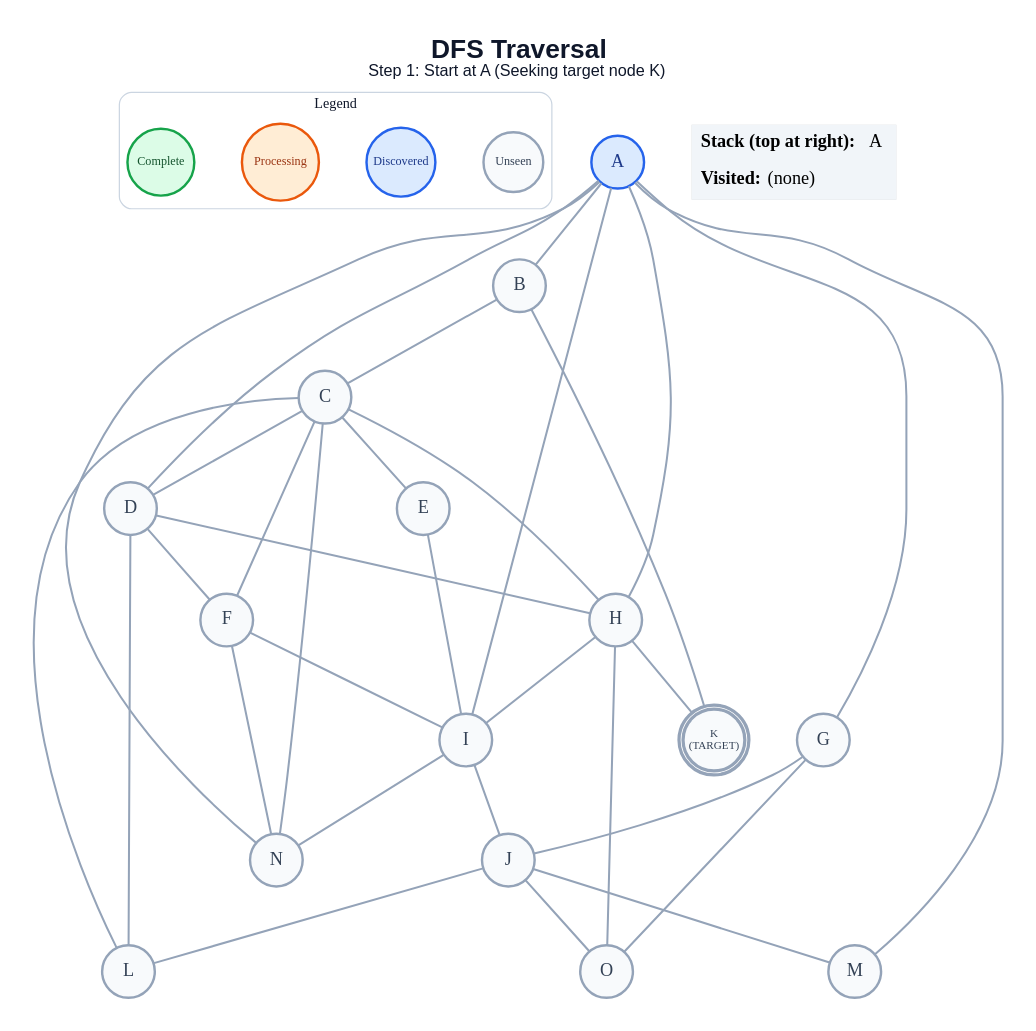
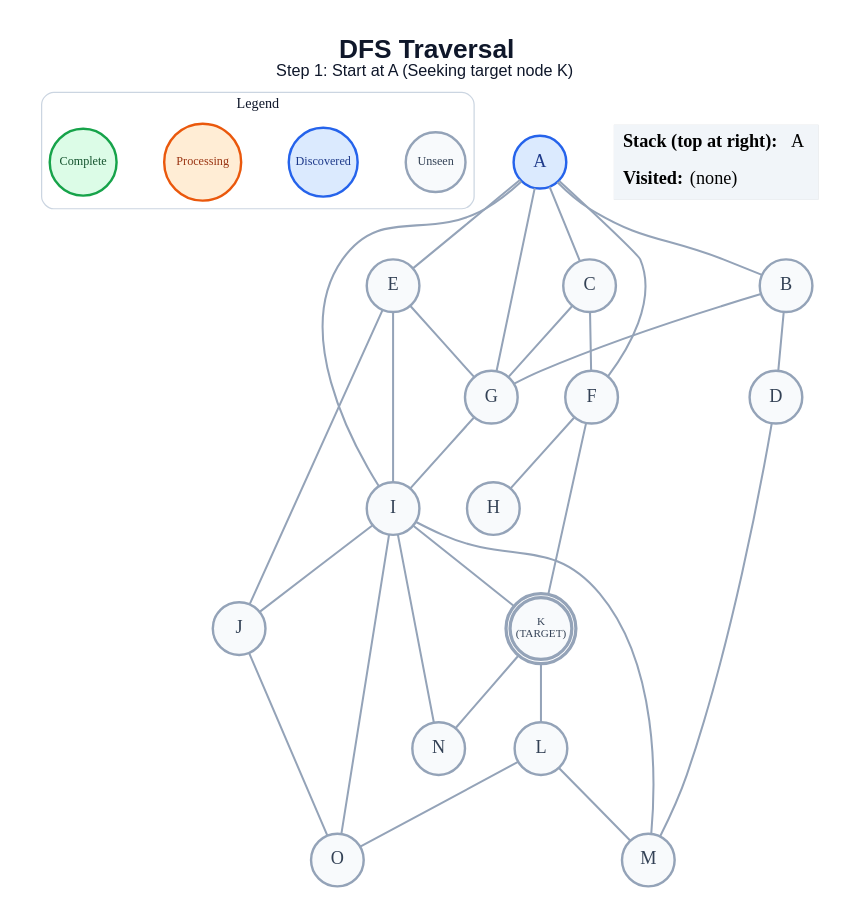
Before and after one commit to anon7238593-create/ai-slop: the diagram in generated/dfs/step_01.dot, drawn with Graphviz. The commit also changed 225 other files, not shown here.

```diff
--- a/generated/dfs/step_01.dot
+++ b/generated/dfs/step_01.dot
@@ -1,65 +1,61 @@
 graph traversal {
   graph [layout=dot, rankdir=TB, bgcolor="#FFFFFF", pad="0.35", nodesep="0.65", ranksep="0.8", fontname="Arial"];
   node [shape=circle, style="filled", fontname="Arial Bold", fontsize=18, width=0.72, fixedsize=true, penwidth=2.4];
   edge [color="#94A3B8", penwidth=2.0];
   label=<<B>DFS Traversal</B><BR/><FONT POINT-SIZE="16">Step 1: Start at A (Seeking target node K)</FONT>>; labelloc="t"; fontsize=26; fontname="Arial"; fontcolor="#0F172A";
   subgraph cluster_legend { label="Legend"; color="#CBD5E1"; penwidth=1.2; style="rounded"; fontsize=14; fontname="Arial Bold";
     key_unseen [label="Unseen", fillcolor="#F8FAFC", color="#94A3B8", fontcolor="#334155", fontsize=12, width=0.82];
     key_frontier [label="Discovered", fillcolor="#DBEAFE", color="#2563EB", fontcolor="#1E3A8A", fontsize=12, width=0.95];
     key_current [label="Processing", fillcolor="#FFEDD5", color="#EA580C", fontcolor="#9A3412", fontsize=12, width=1.05];
     key_done [label="Complete", fillcolor="#DCFCE7", color="#16A34A", fontcolor="#14532D", fontsize=12, width=0.92];
     { rank=same; key_unseen; key_frontier; key_current; key_done; }
   }
   A [label="A", fillcolor="#DBEAFE", color="#2563EB", fontcolor="#1E3A8A", peripheries=1, penwidth=2.4];
   B [label="B", fillcolor="#F8FAFC", color="#94A3B8", fontcolor="#334155", peripheries=1, penwidth=2.4];
   C [label="C", fillcolor="#F8FAFC", color="#94A3B8", fontcolor="#334155", peripheries=1, penwidth=2.4];
   D [label="D", fillcolor="#F8FAFC", color="#94A3B8", fontcolor="#334155", peripheries=1, penwidth=2.4];
   E [label="E", fillcolor="#F8FAFC", color="#94A3B8", fontcolor="#334155", peripheries=1, penwidth=2.4];
   F [label="F", fillcolor="#F8FAFC", color="#94A3B8", fontcolor="#334155", peripheries=1, penwidth=2.4];
   G [label="G", fillcolor="#F8FAFC", color="#94A3B8", fontcolor="#334155", peripheries=1, penwidth=2.4];
   H [label="H", fillcolor="#F8FAFC", color="#94A3B8", fontcolor="#334155", peripheries=1, penwidth=2.4];
   I [label="I", fillcolor="#F8FAFC", color="#94A3B8", fontcolor="#334155", peripheries=1, penwidth=2.4];
   J [label="J", fillcolor="#F8FAFC", color="#94A3B8", fontcolor="#334155", peripheries=1, penwidth=2.4];
   K [label="K\n(TARGET)", fillcolor="#F8FAFC", color="#94A3B8", fontcolor="#334155", peripheries=2, penwidth=3.2, fontsize=11, width=0.85, height=0.85];
   L [label="L", fillcolor="#F8FAFC", color="#94A3B8", fontcolor="#334155", peripheries=1, penwidth=2.4];
   M [label="M", fillcolor="#F8FAFC", color="#94A3B8", fontcolor="#334155", peripheries=1, penwidth=2.4];
   N [label="N", fillcolor="#F8FAFC", color="#94A3B8", fontcolor="#334155", peripheries=1, penwidth=2.4];
   O [label="O", fillcolor="#F8FAFC", color="#94A3B8", fontcolor="#334155", peripheries=1, penwidth=2.4];
   A -- B;
-  A -- D;
+  A -- C;
+  A -- E;
+  A -- F;
   A -- G;
-  A -- H;
   A -- I;
-  A -- M;
-  A -- N;
-  B -- C;
-  B -- K;
-  C -- D;
-  C -- E;
+  B -- D;
+  B -- G;
   C -- F;
-  C -- H;
-  C -- L;
-  C -- N;
-  D -- F;
-  D -- H;
-  D -- L;
+  C -- G;
+  D -- M;
+  E -- G;
   E -- I;
-  F -- I;
-  F -- N;
-  G -- J;
-  G -- O;
-  H -- I;
-  H -- K;
-  H -- O;
+  E -- J;
+  F -- H;
+  F -- K;
+  G -- I;
   I -- J;
+  I -- K;
+  I -- M;
   I -- N;
-  J -- L;
-  J -- M;
+  I -- O;
   J -- O;
+  K -- L;
+  K -- N;
+  L -- M;
+  L -- O;
   status [shape=plain, fixedsize=false, width=0, height=0, margin=0, label=<
     <TABLE BORDER="0" CELLBORDER="0" CELLPADDING="7" BGCOLOR="#F1F5F9">
       <TR><TD ALIGN="LEFT"><B>Stack (top at right):</B> A</TD></TR>
       <TR><TD ALIGN="LEFT"><B>Visited:</B> (none)</TD></TR>
     </TABLE>
   >];
 }
```
